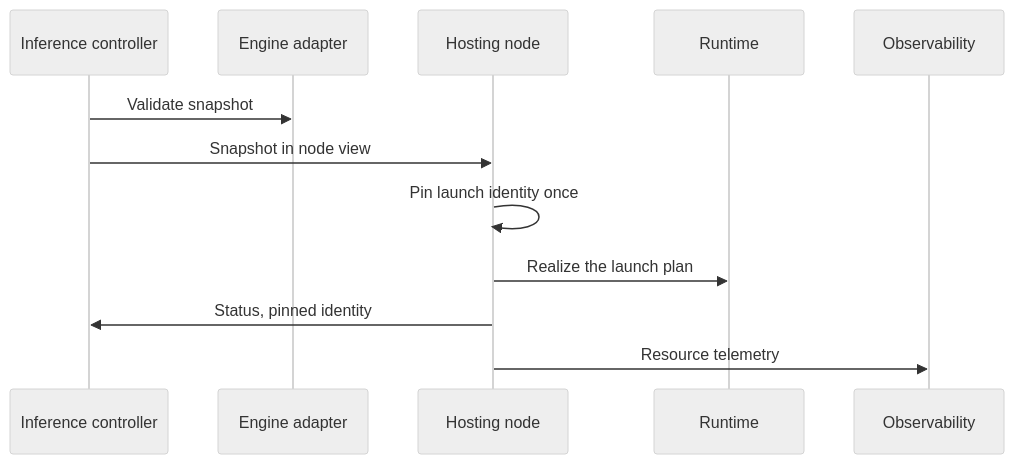
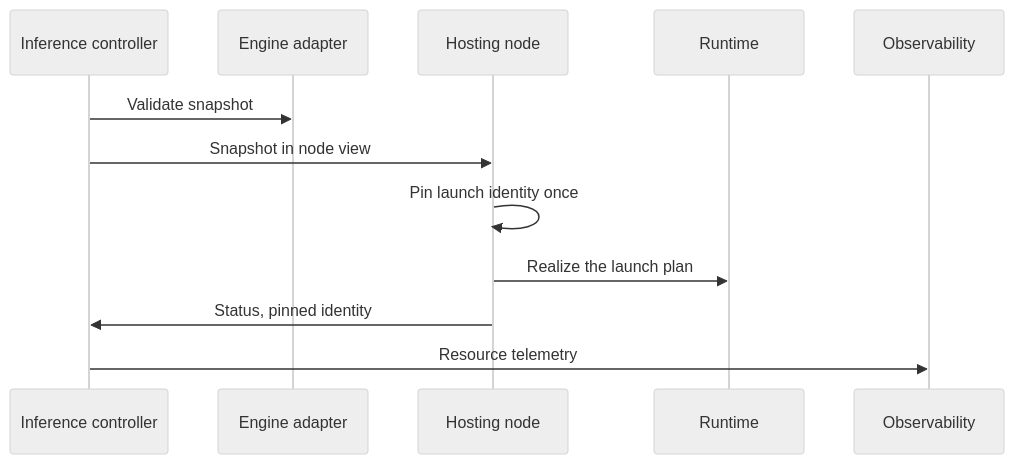
Before and after one commit to dotcoreai/dotcore: the fourth of 6 diagrams in docs/specs/models.md, drawn with Mermaid (neutral theme). The commit also changed other lines of this file and 8 other files, not shown here.

````diff
--- a/docs/specs/models.md
+++ b/docs/specs/models.md
@@ -104,14 +104,14 @@
 ```mermaid
 sequenceDiagram
   participant IC as Inference controller
   participant EA as Engine adapter
   participant N as Hosting node
   participant RT as Runtime
   participant OBS as Observability
   IC->>EA: Validate snapshot
   IC->>N: Snapshot in node view
   N->>N: Pin launch identity once
   N->>RT: Realize the launch plan
   N->>IC: Status, pinned identity
-  N->>OBS: Resource telemetry
+  IC->>OBS: Resource telemetry
 ```
````
